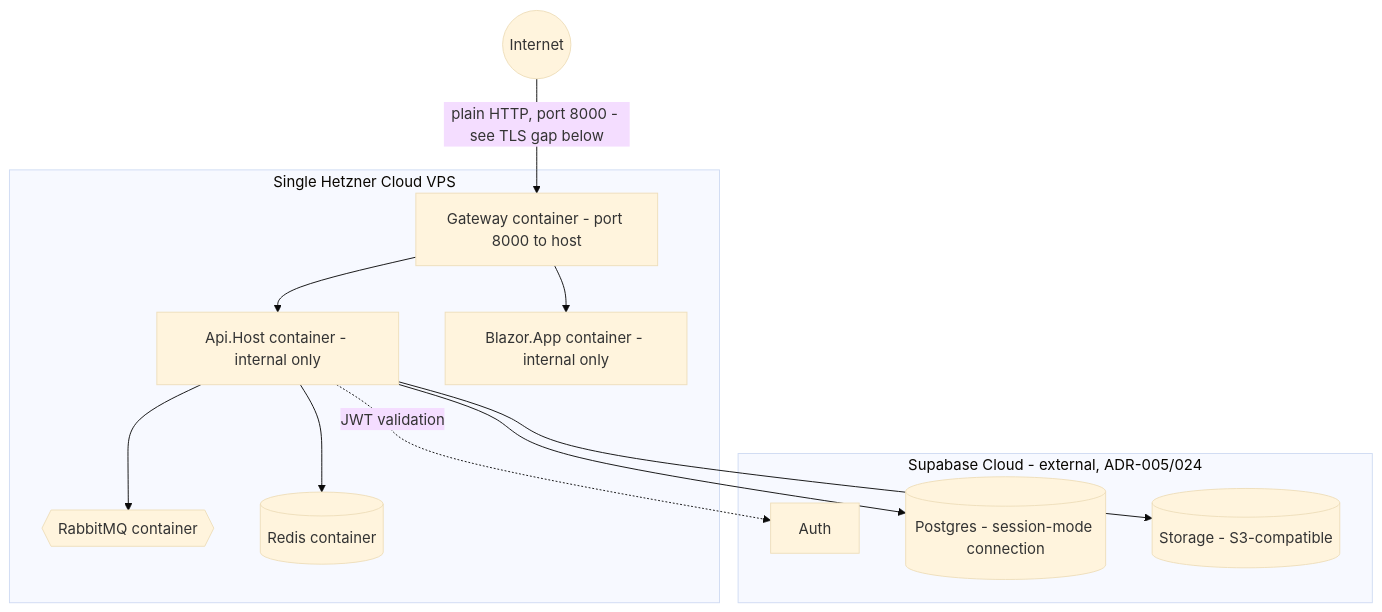
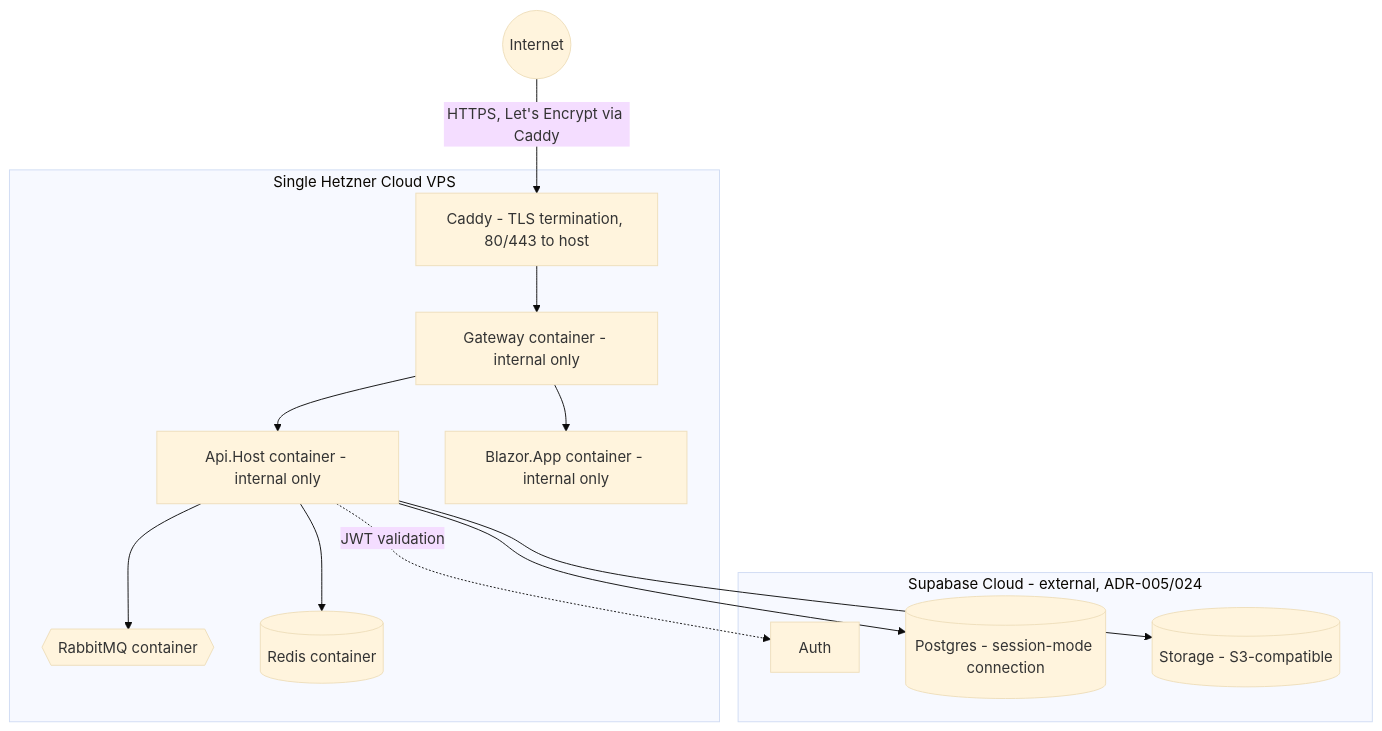
The third of 4 diagrams in code/K9Crush-scaffold/K9Crush/docs/03-solution-architecture.md (Powerworks/K9DatingApp), drawn with Mermaid (base theme) before and after one commit. The commit also changed other lines of this file and 4 other files, not shown here.

First line of the commit message:
feat: add CD workflow (build/push/deploy) and Caddy for HTTPS

````diff
--- a/code/K9Crush-scaffold/K9Crush/docs/03-solution-architecture.md
+++ b/code/K9Crush-scaffold/K9Crush/docs/03-solution-architecture.md
@@ -213,23 +213,25 @@
 ```mermaid
 flowchart TB
     subgraph Hetzner[Single Hetzner Cloud VPS]
-        GW[Gateway container - port 8000 to host]
+        CADDY[Caddy - TLS termination, 80/443 to host]
+        GW[Gateway container - internal only]
         APIHOST[Api.Host container - internal only]
         BLAZOR[Blazor.App container - internal only]
         RMQ{{RabbitMQ container}}
         REDIS[(Redis container)]
     end
     subgraph Supabase[Supabase Cloud - external, ADR-005/024]
         SBAUTH[Auth]
         SBPG[(Postgres - session-mode connection)]
         SBSTORAGE[(Storage - S3-compatible)]
     end
-    Internet((Internet)) -->|"plain HTTP, port 8000 - see TLS gap below"| GW
+    Internet((Internet)) -->|HTTPS, Let's Encrypt via Caddy| CADDY
+    CADDY --> GW
     GW --> BLAZOR
     GW --> APIHOST
     APIHOST --> SBPG
     APIHOST --> REDIS
     APIHOST --> RMQ
     APIHOST --> SBSTORAGE
     APIHOST -.->|JWT validation| SBAUTH
 ```
````
